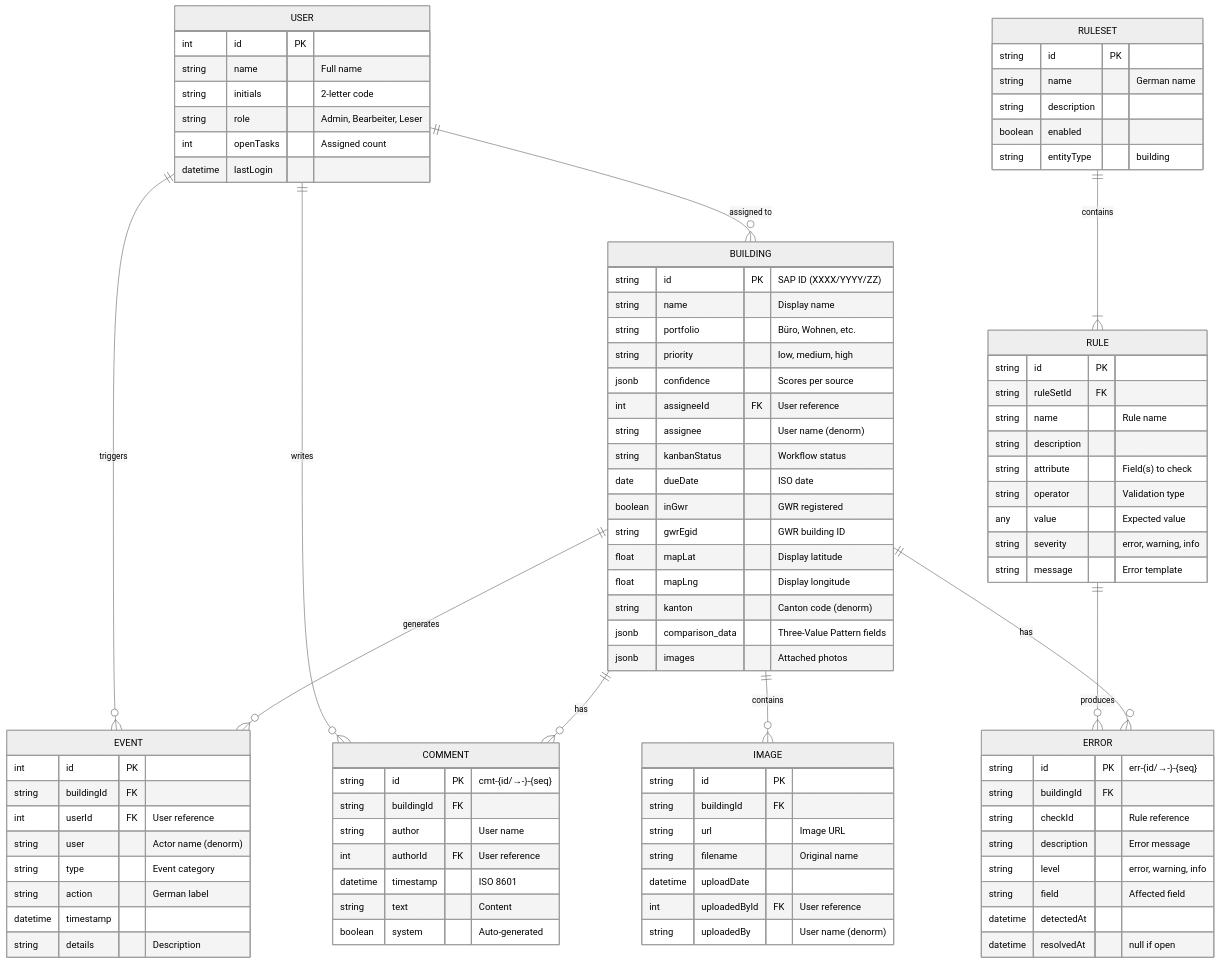
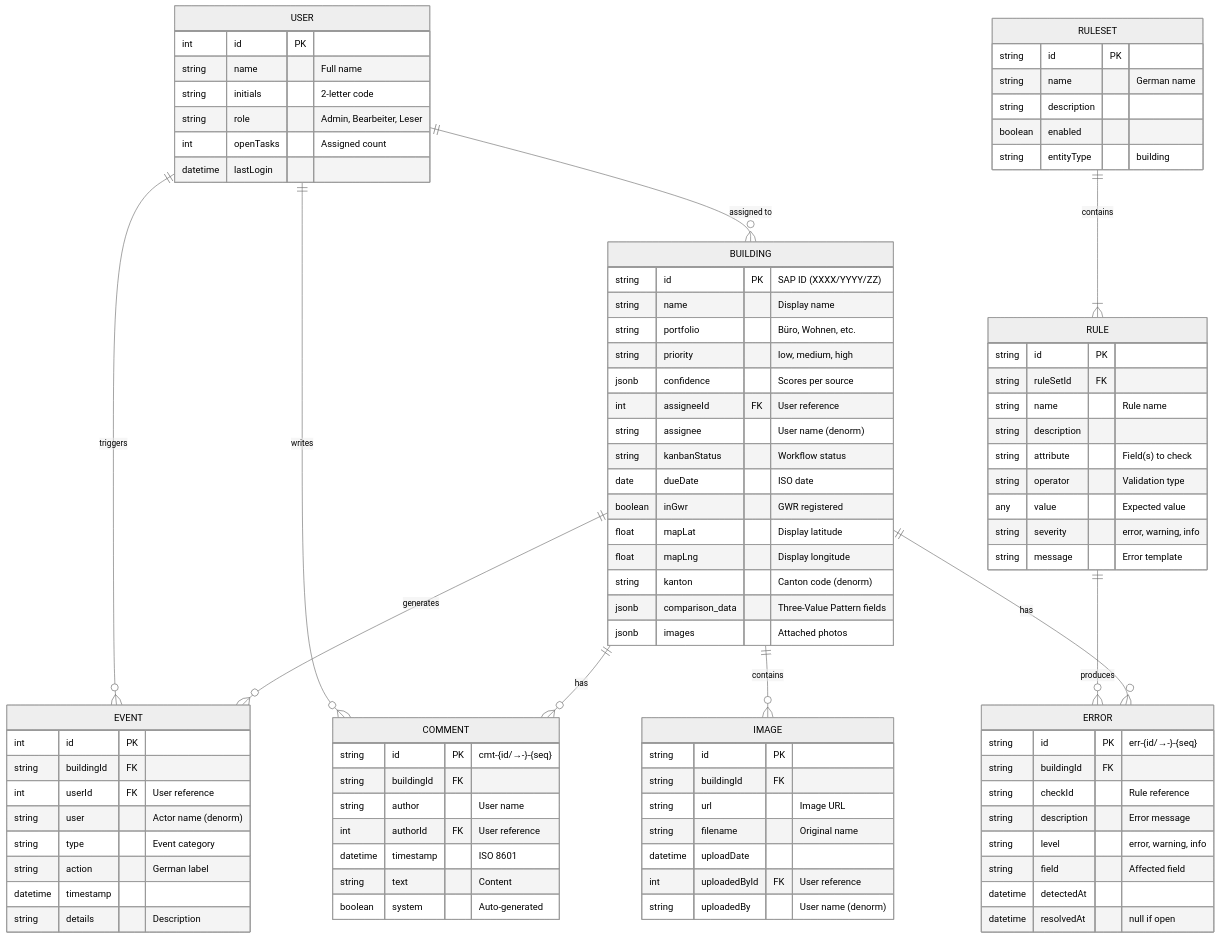
The second of 3 diagrams in docs/DATABASE.md (bbl-dres/geo-check), drawn with Mermaid (neutral theme) before and after one commit. The commit also changed other lines of this file and 8 other files, not shown here.

```diff
--- a/docs/DATABASE.md
+++ b/docs/DATABASE.md
@@ -89,7 +89,6 @@
         string kanbanStatus "Workflow status"
         date dueDate "ISO date"
         boolean inGwr "GWR registered"
-        string gwrEgid "GWR building ID"
         float mapLat "Display latitude"
         float mapLng "Display longitude"
         string kanton "Canton code (denorm)"
```
